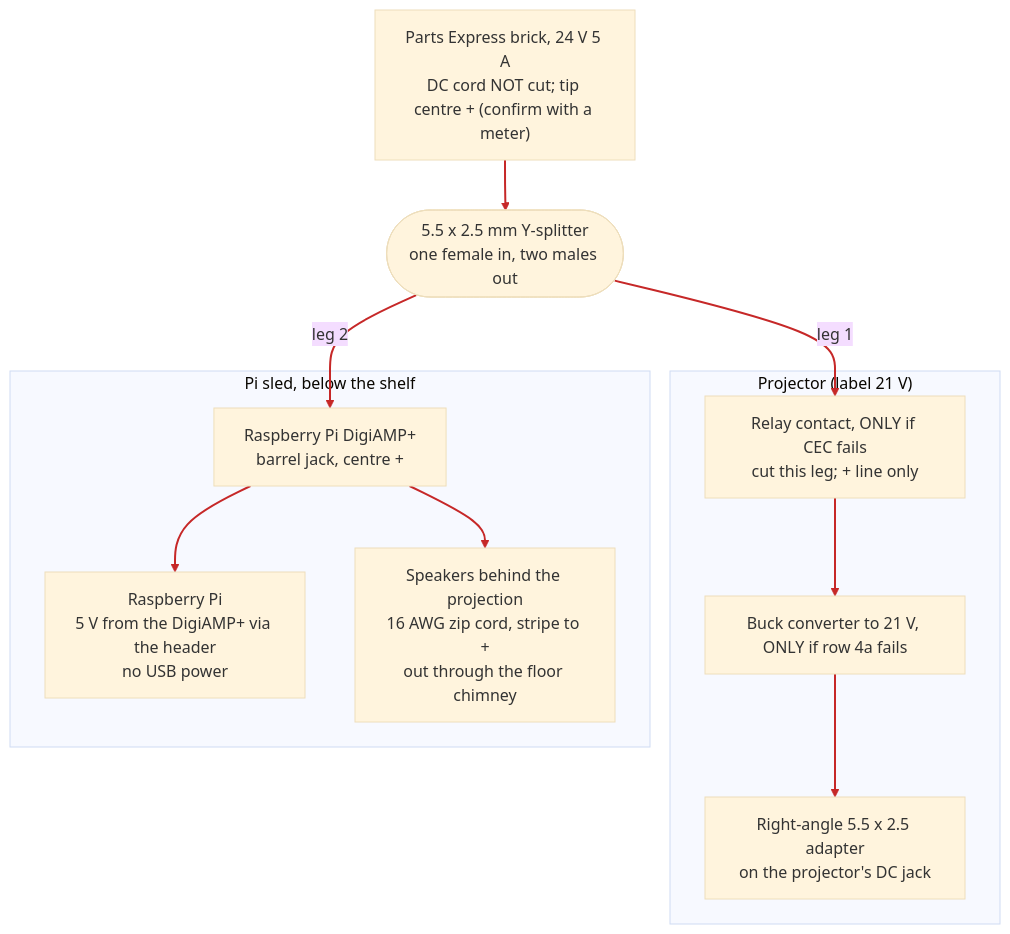
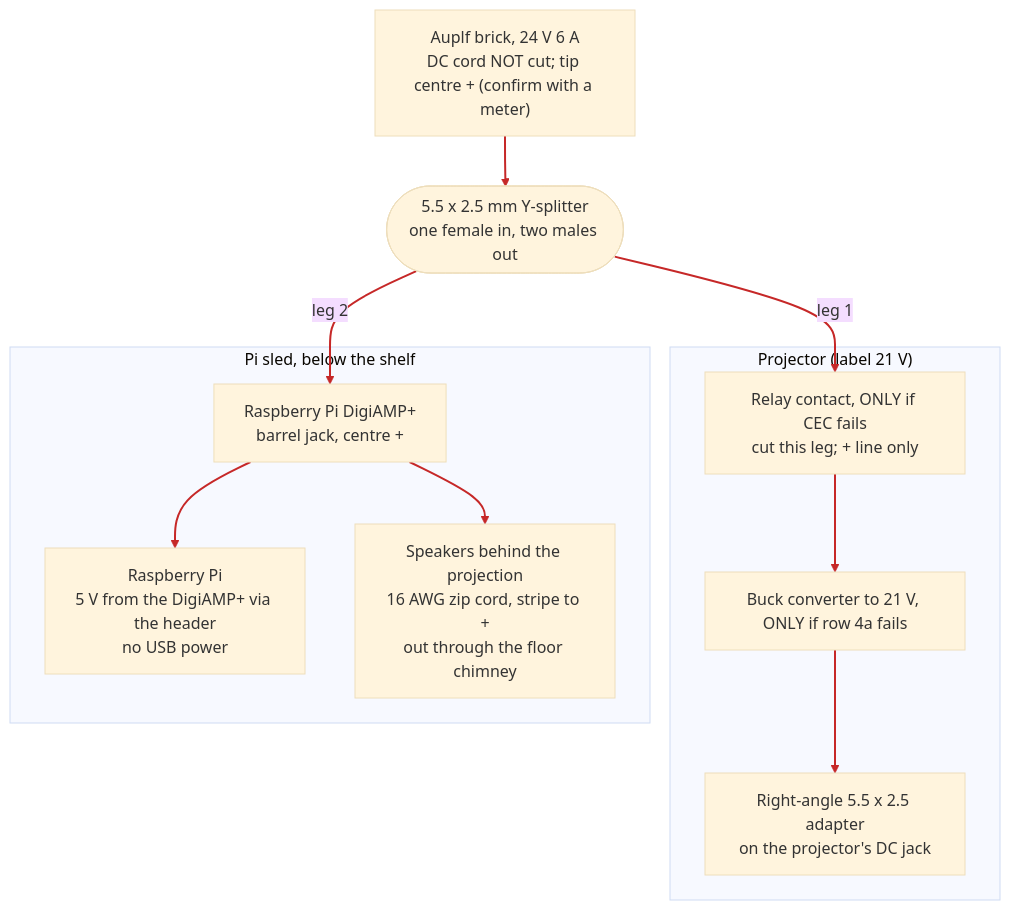
The second of 3 diagrams in docs/WIRING.md (davidwkeith/atmosfx-projector-case), drawn with Mermaid (base theme) before and after one commit. The commit also changed other lines of this file and 8 other files, not shown here.

````diff
--- a/docs/WIRING.md
+++ b/docs/WIRING.md
@@ -52,21 +52,21 @@
 ```mermaid
 flowchart TB
-  BR["Parts Express brick, 24 V 5 A<br/>DC cord NOT cut; tip centre + (confirm with a meter)"]
+  BR["Auplf brick, 24 V 6 A<br/>DC cord NOT cut; tip centre + (confirm with a meter)"]
   SPL(["5.5 x 2.5 mm Y-splitter<br/>one female in, two males out"])
   subgraph PJ["Projector (label 21 V)"]
     BUCK["Buck converter to 21 V, ONLY if row 4a fails"]
     RELAY["Relay contact, ONLY if CEC fails<br/>cut this leg; + line only"]
     ADP["Right-angle 5.5 x 2.5 adapter<br/>on the projector's DC jack"]
   end
   subgraph PIZ["Pi sled, below the shelf"]
     AMP["Raspberry Pi DigiAMP+<br/>barrel jack, centre +"]
     PI["Raspberry Pi<br/>5 V from the DigiAMP+ via the header<br/>no USB power"]
     SPK["Speakers behind the projection<br/>16 AWG zip cord, stripe to +<br/>out through the floor chimney"]
   end
   BR --> SPL
   SPL -- "leg 1" --> RELAY --> BUCK --> ADP
   SPL -- "leg 2" --> AMP
   AMP --> PI
   AMP --> SPK
   linkStyle 0,1,2,3,4,5,6 stroke:#c62828,stroke-width:2px
 ```
````
